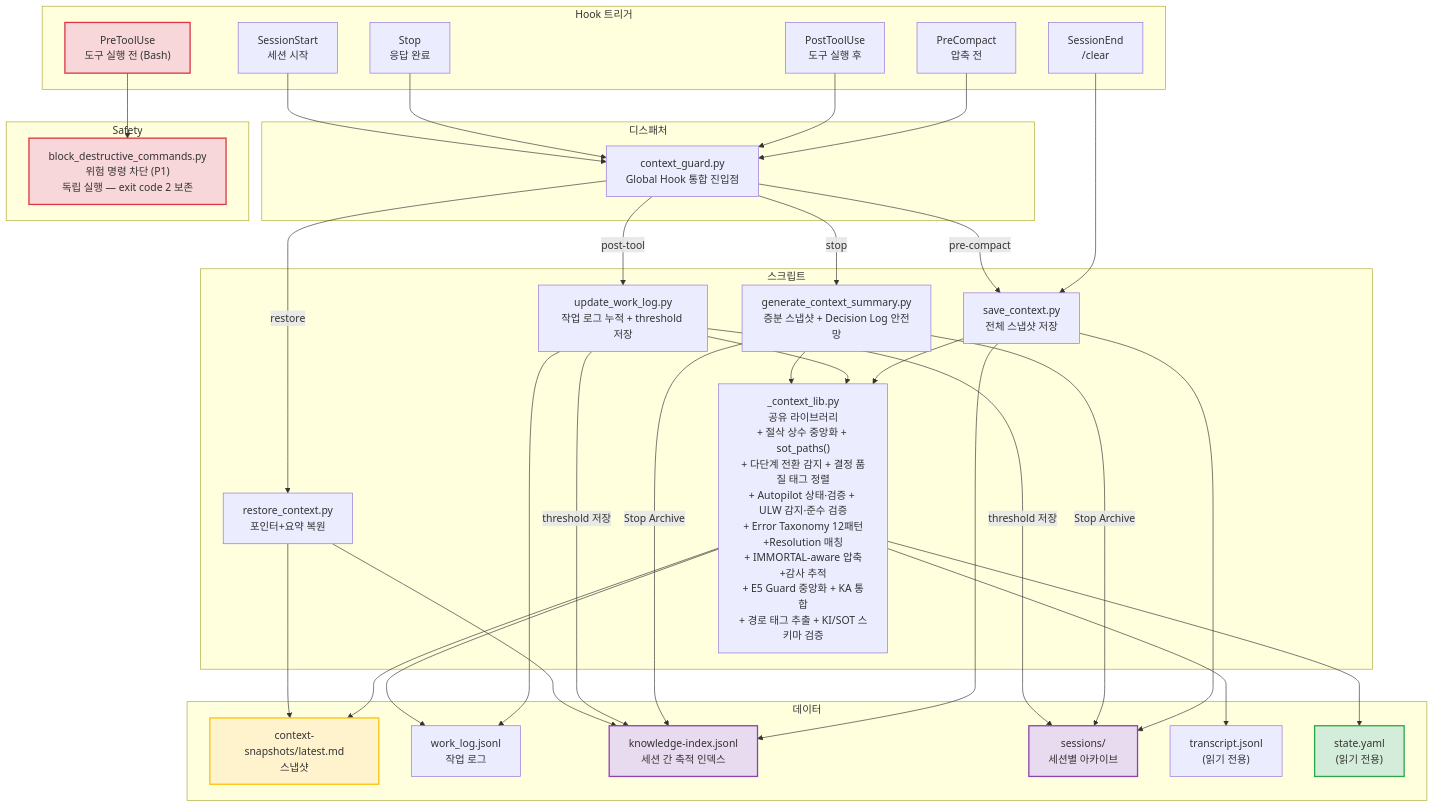
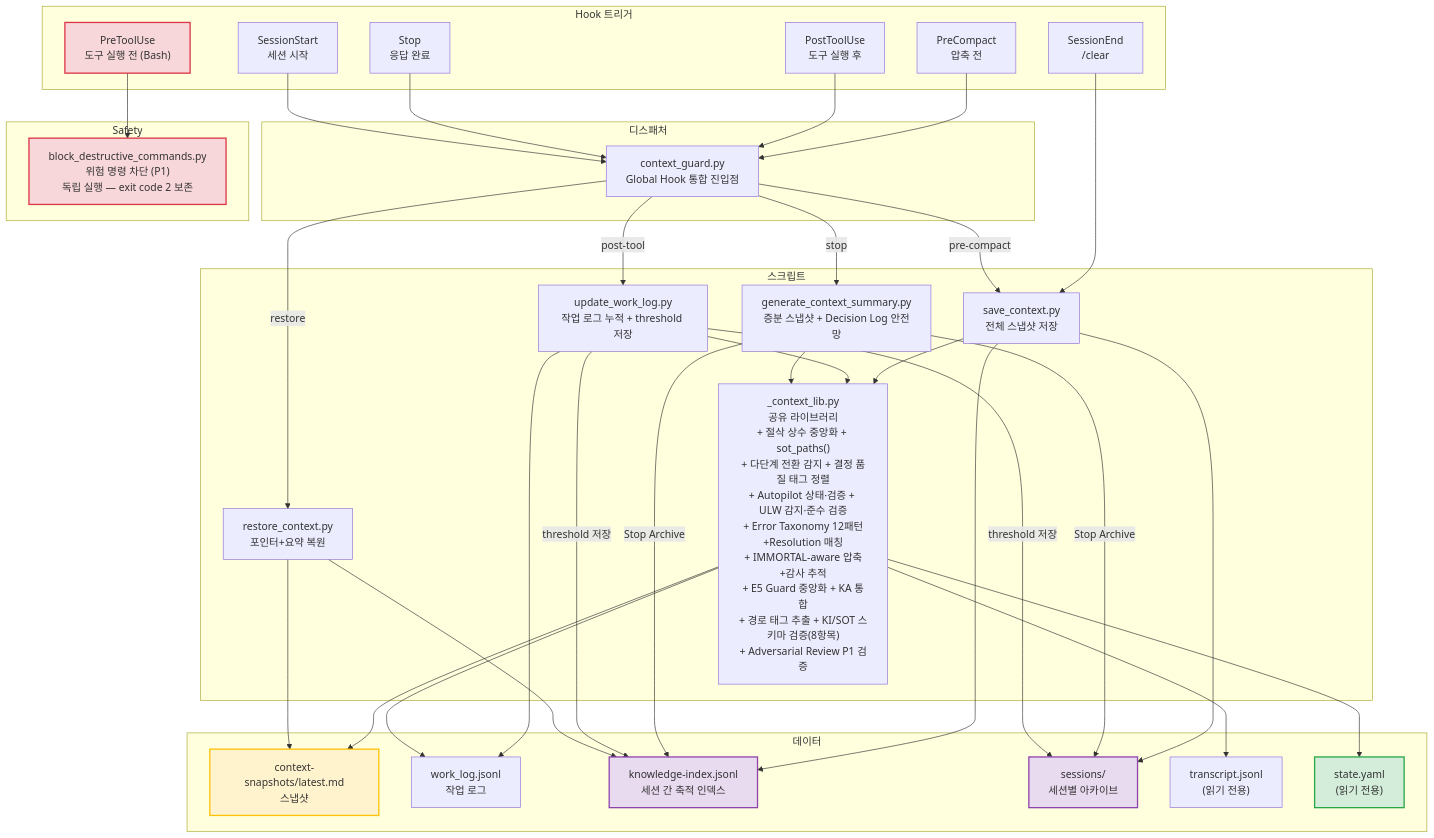
The sixth of 13 diagrams in AGENTICWORKFLOW-ARCHITECTURE-AND-PHILOSOPHY.md (oogisoogi/AgenticWorkflow), drawn with Mermaid before and after one commit. The commit also changed other lines of this file and 4 other files, not shown here.

First line of the commit message:
docs: Adversarial Review + SOT 8항목 전파 — 5개 문서 동기화

````diff
--- a/AGENTICWORKFLOW-ARCHITECTURE-AND-PHILOSOPHY.md
+++ b/AGENTICWORKFLOW-ARCHITECTURE-AND-PHILOSOPHY.md
@@ -638,72 +638,72 @@
 ```mermaid
 graph TB
     subgraph "Hook 트리거"
         SE["SessionEnd<br/>/clear"]
         PC["PreCompact<br/>압축 전"]
         PTU["PostToolUse<br/>도구 실행 후"]
         ST["Stop<br/>응답 완료"]
         SS["SessionStart<br/>세션 시작"]
         PRTU["PreToolUse<br/>도구 실행 전 (Bash)"]
     end
 
     subgraph "디스패처"
         CG["context_guard.py<br/>Global Hook 통합 진입점"]
     end
 
     subgraph "Safety"
         BDC["block_destructive_commands.py<br/>위험 명령 차단 (P1)<br/>독립 실행 — exit code 2 보존"]
     end
 
     subgraph "스크립트"
         SAVE["save_context.py<br/>전체 스냅샷 저장"]
         UWL["update_work_log.py<br/>작업 로그 누적 + threshold 저장"]
         GCS["generate_context_summary.py<br/>증분 스냅샷 + Decision Log 안전망"]
         REST["restore_context.py<br/>포인터+요약 복원"]
-        LIB["_context_lib.py<br/>공유 라이브러리<br/>+ 절삭 상수 중앙화 + sot_paths()<br/>+ 다단계 전환 감지 + 결정 품질 태그 정렬<br/>+ Autopilot 상태·검증 + ULW 감지·준수 검증<br/>+ Error Taxonomy 12패턴+Resolution 매칭<br/>+ IMMORTAL-aware 압축+감사 추적<br/>+ E5 Guard 중앙화 + KA 통합<br/>+ 경로 태그 추출 + KI/SOT 스키마 검증"]
+        LIB["_context_lib.py<br/>공유 라이브러리<br/>+ 절삭 상수 중앙화 + sot_paths()<br/>+ 다단계 전환 감지 + 결정 품질 태그 정렬<br/>+ Autopilot 상태·검증 + ULW 감지·준수 검증<br/>+ Error Taxonomy 12패턴+Resolution 매칭<br/>+ IMMORTAL-aware 압축+감사 추적<br/>+ E5 Guard 중앙화 + KA 통합<br/>+ 경로 태그 추출 + KI/SOT 스키마 검증(8항목)<br/>+ Adversarial Review P1 검증"]
     end
 
     subgraph "데이터"
         SNAP["context-snapshots/latest.md<br/>스냅샷"]
         WLOG["work_log.jsonl<br/>작업 로그"]
         KI["knowledge-index.jsonl<br/>세션 간 축적 인덱스"]
         SESS["sessions/<br/>세션별 아카이브"]
         TRANS["transcript.jsonl<br/>(읽기 전용)"]
         SOT2["state.yaml<br/>(읽기 전용)"]
     end
 
     SE --> SAVE
     PC --> CG
     PTU --> CG
     ST --> CG
     SS --> CG
     PRTU --> BDC
     CG -->|pre-compact| SAVE
     CG -->|post-tool| UWL
     CG -->|stop| GCS
     CG -->|restore| REST
 
     SAVE --> LIB
     UWL --> LIB
     GCS --> LIB
 
     LIB --> TRANS
     LIB --> SOT2
     LIB --> SNAP
     UWL --> WLOG
     LIB --> WLOG
     SAVE --> KI
     SAVE --> SESS
     GCS -->|"Stop Archive"| KI
     GCS -->|"Stop Archive"| SESS
     UWL -->|"threshold 저장"| KI
     UWL -->|"threshold 저장"| SESS
     REST --> SNAP
     REST --> KI
 
     style SOT2 fill:#d4edda,stroke:#28a745,stroke-width:2px
     style SNAP fill:#fff3cd,stroke:#ffc107,stroke-width:2px
     style KI fill:#e8daef,stroke:#8e44ad,stroke-width:2px
     style SESS fill:#e8daef,stroke:#8e44ad,stroke-width:2px
     style BDC fill:#f8d7da,stroke:#dc3545,stroke-width:2px
     style PRTU fill:#f8d7da,stroke:#dc3545,stroke-width:2px
 ```
````
